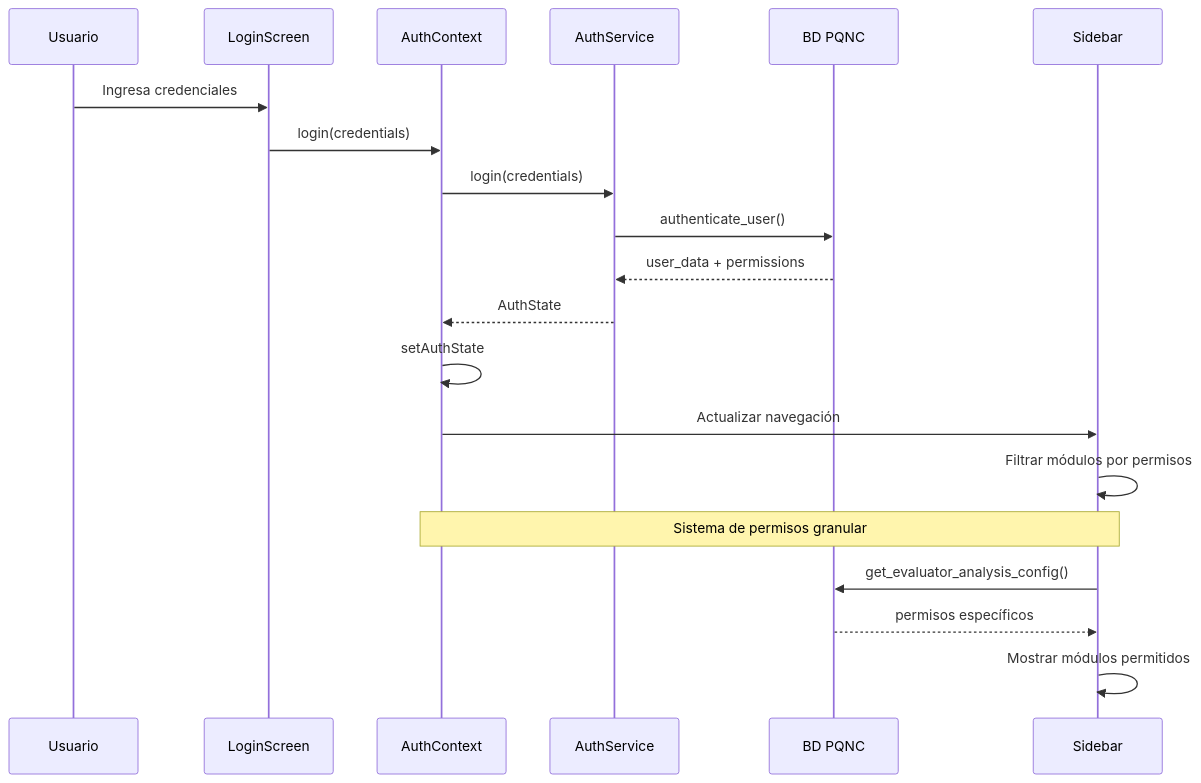
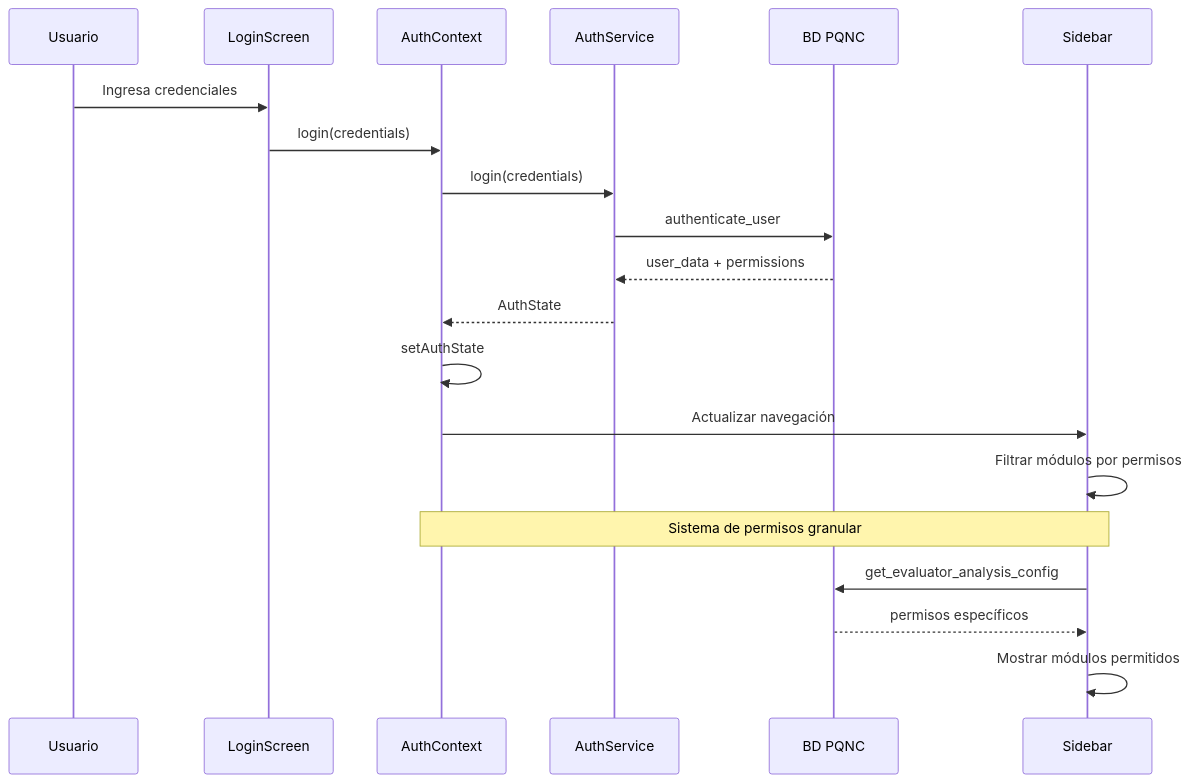
The seventh of 16 diagrams in docs/ARCHITECTURE_DIAGRAMS.md (rodrigo-vidanta/analisis_web), drawn with Mermaid before and after one commit. The commit also changed other lines of this file, not shown here.

First line of the commit message:
🔧 Corregir sintaxis de diagramas Mermaid

````diff
--- a/docs/ARCHITECTURE_DIAGRAMS.md
+++ b/docs/ARCHITECTURE_DIAGRAMS.md
@@ -450,24 +450,24 @@
 ```mermaid
 sequenceDiagram
     participant U as Usuario
     participant L as LoginScreen
     participant A as AuthContext
     participant AS as AuthService
     participant BD as BD PQNC
     participant S as Sidebar
     
     U->>L: Ingresa credenciales
     L->>A: login(credentials)
     A->>AS: login(credentials)
-    AS->>BD: authenticate_user()
+    AS->>BD: authenticate_user
     BD-->>AS: user_data + permissions
     AS-->>A: AuthState
     A->>A: setAuthState
     A->>S: Actualizar navegación
     S->>S: Filtrar módulos por permisos
     
     Note over A,S: Sistema de permisos granular
-    S->>BD: get_evaluator_analysis_config()
+    S->>BD: get_evaluator_analysis_config
     BD-->>S: permisos específicos
     S->>S: Mostrar módulos permitidos
 ```
````
